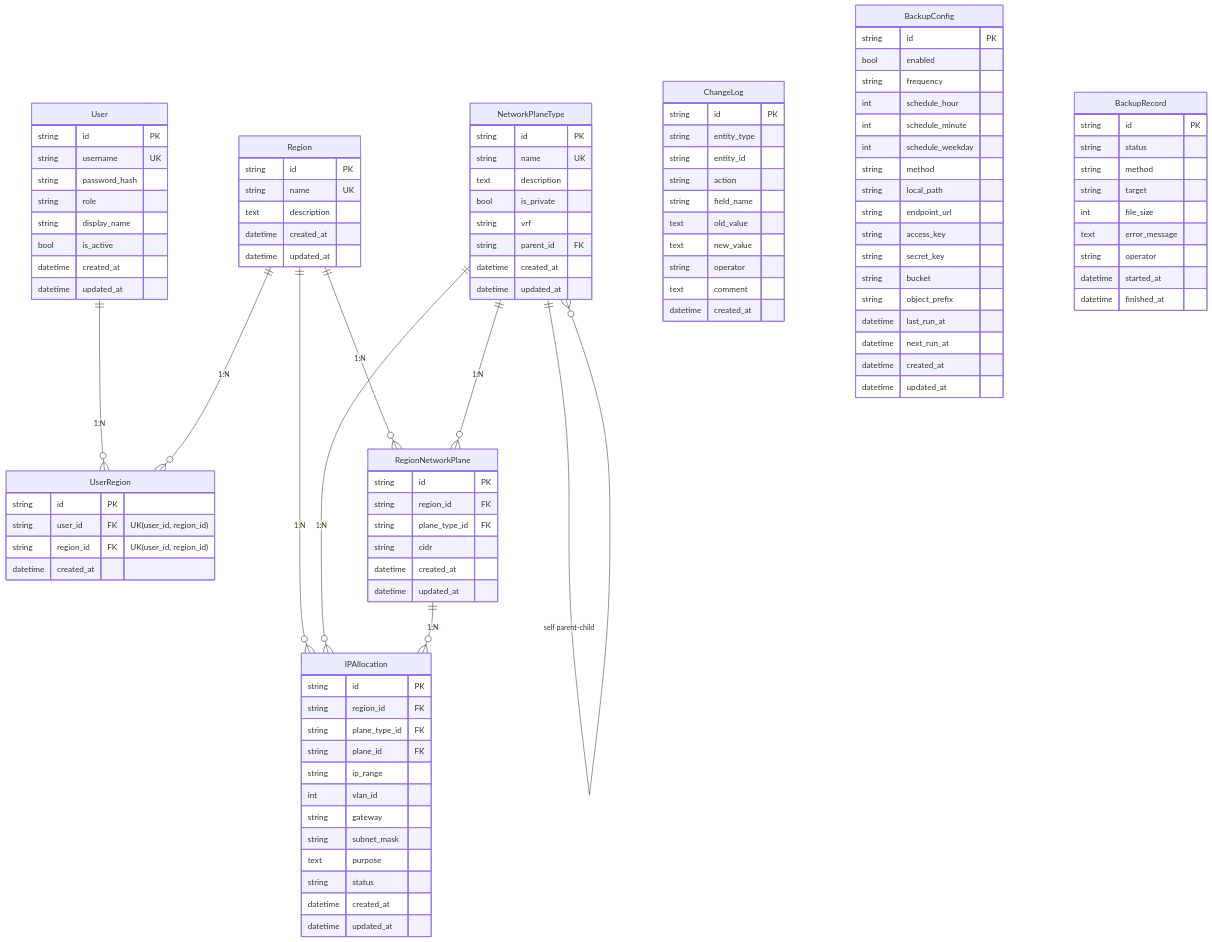
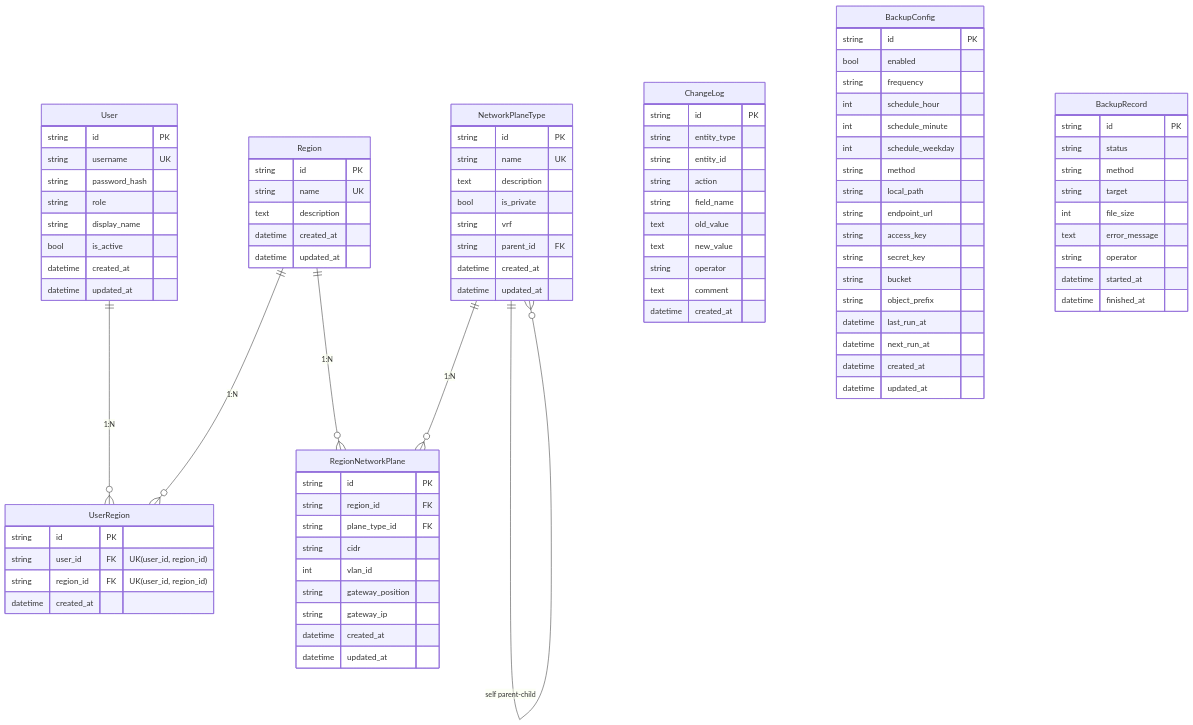
One commit to zhou-xingxing/hcs-lld-management changed the second of 4 diagrams in SYSTEM_DESIGN.md. Above: the diagram before and after it, drawn with Mermaid. The commit also changed other lines of this file and 41 other files, not shown here.

```diff
--- a/SYSTEM_DESIGN.md
+++ b/SYSTEM_DESIGN.md
@@ -102,9 +102,6 @@
     Region ||--o{ RegionNetworkPlane : "1:N"
     NetworkPlaneType ||--o{ NetworkPlaneType : "self parent-child"
     NetworkPlaneType ||--o{ RegionNetworkPlane : "1:N"
-    Region ||--o{ IPAllocation : "1:N"
-    NetworkPlaneType ||--o{ IPAllocation : "1:N"
-    RegionNetworkPlane ||--o{ IPAllocation : "1:N"
 
     User {
         string id PK
@@ -148,21 +145,9 @@
         string region_id FK
         string plane_type_id FK
         string cidr
-        datetime created_at
-        datetime updated_at
-    }
-
-    IPAllocation {
-        string id PK
-        string region_id FK
-        string plane_type_id FK
-        string plane_id FK
-        string ip_range
         int    vlan_id
-        string gateway
-        string subnet_mask
-        text   purpose
-        string status
+        string gateway_position
+        string gateway_ip
         datetime created_at
         datetime updated_at
     }
```
